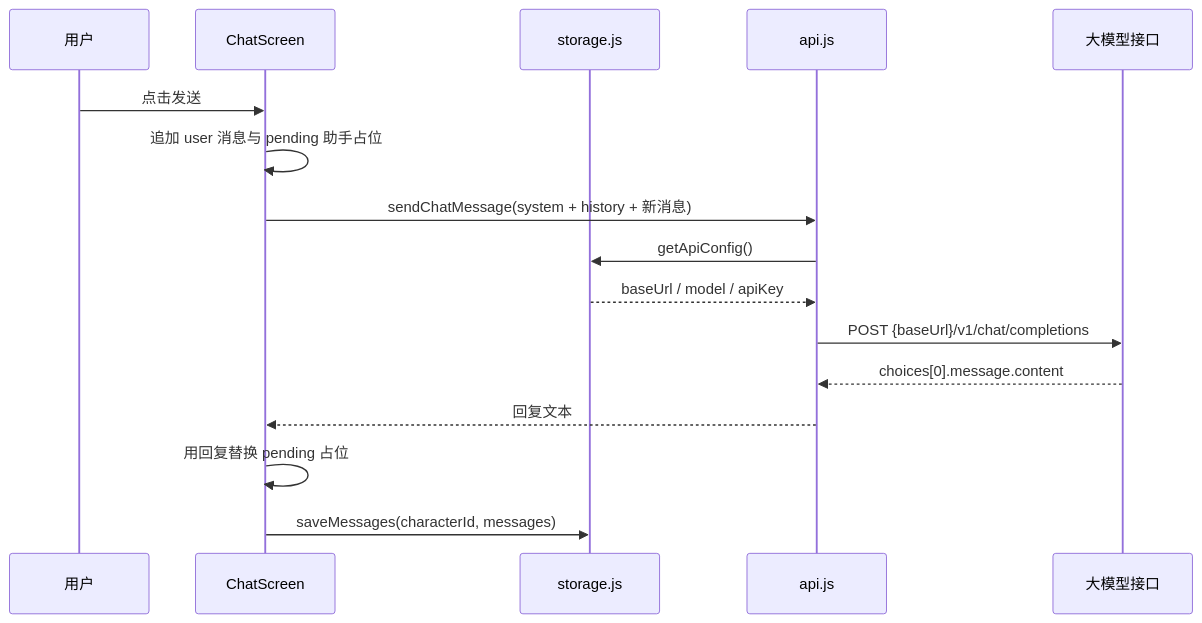
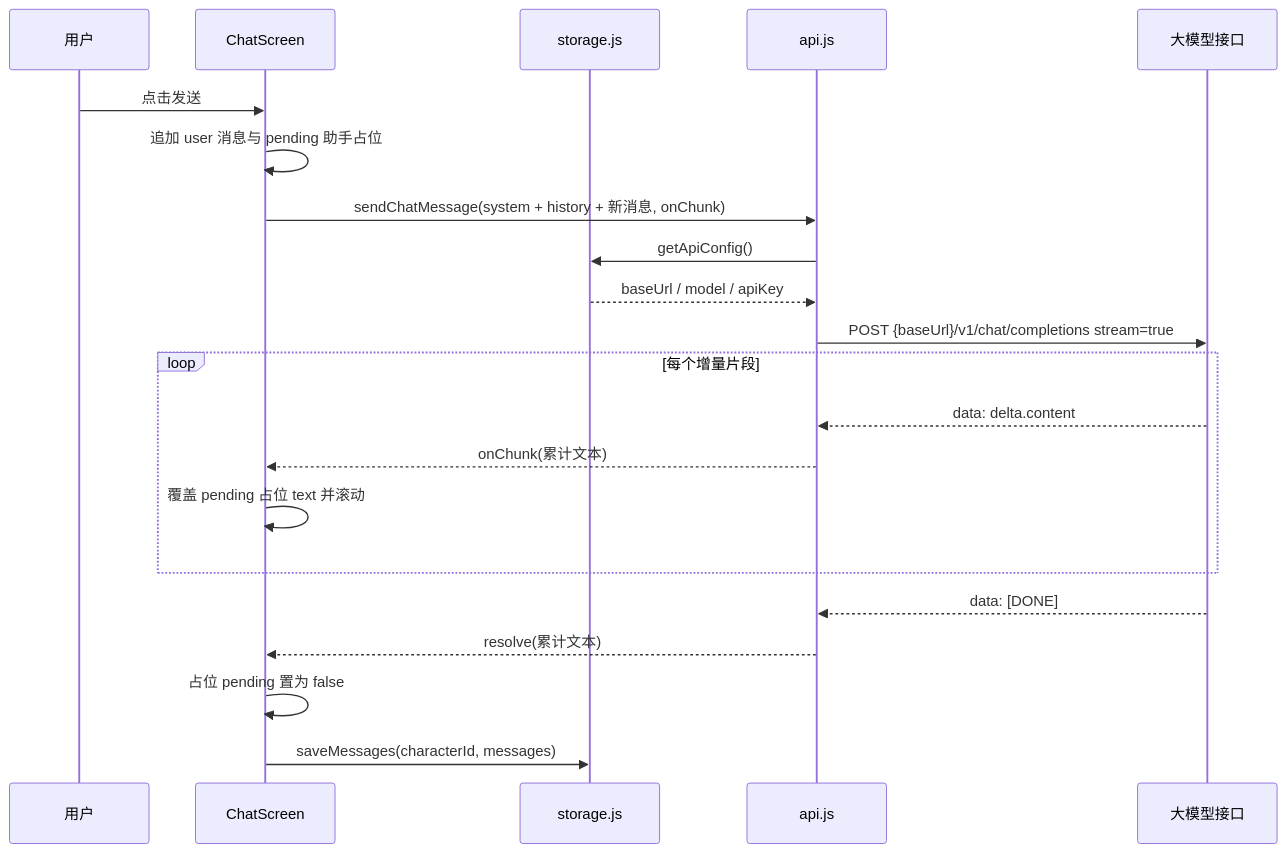
One commit to pppxxxy/easychat2 changed the second of 3 diagrams in .monkeycode/docs/ARCHITECTURE.md. Above: the diagram before and after it, drawn with Mermaid. The commit also changed other lines of this file and 6 other files, not shown here.

````diff
--- a/.monkeycode/docs/ARCHITECTURE.md
+++ b/.monkeycode/docs/ARCHITECTURE.md
@@ -169,19 +169,24 @@
 ```mermaid
 sequenceDiagram
     participant U as 用户
     participant C as ChatScreen
     participant S as storage.js
     participant A as api.js
     participant L as 大模型接口
 
     U->>C: 点击发送
     C->>C: 追加 user 消息与 pending 助手占位
-    C->>A: sendChatMessage(system + history + 新消息)
+    C->>A: sendChatMessage(system + history + 新消息, onChunk)
     A->>S: getApiConfig()
     S-->>A: baseUrl / model / apiKey
-    A->>L: POST {baseUrl}/v1/chat/completions
-    L-->>A: choices[0].message.content
-    A-->>C: 回复文本
-    C->>C: 用回复替换 pending 占位
+    A->>L: POST {baseUrl}/v1/chat/completions stream=true
+    loop 每个增量片段
+        L-->>A: data: delta.content
+        A-->>C: onChunk(累计文本)
+        C->>C: 覆盖 pending 占位 text 并滚动
+    end
+    L-->>A: data: [DONE]
+    A-->>C: resolve(累计文本)
+    C->>C: 占位 pending 置为 false
     C->>S: saveMessages(characterId, messages)
 ```
````
